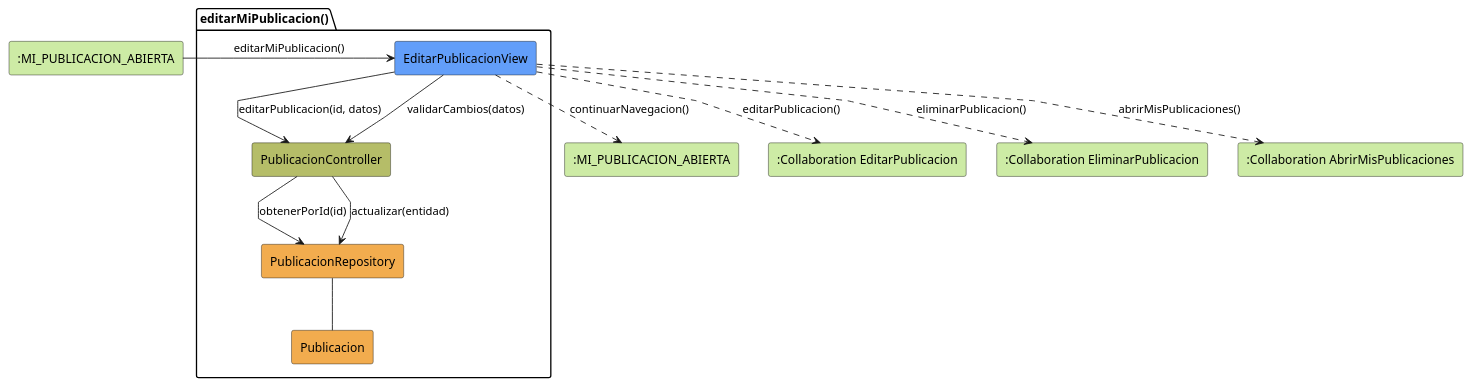
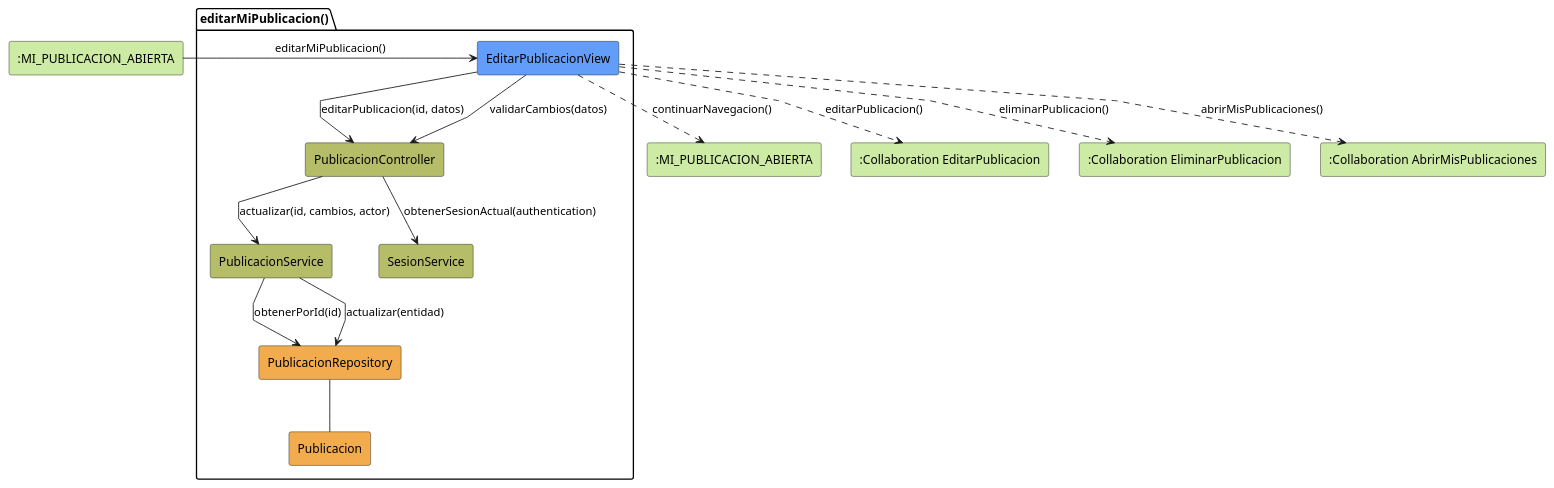
One commit to beatriizorozco/25-26-idsw2-sdVC changed the diagram in RUP/01-analisis/casos-uso/coordinador/editarMiPublicacion/colaboracion.puml. Above: the diagram before and after it, drawn with PlantUML. The commit also changed 71 other files, not shown here.

```diff
--- a/RUP/01-analisis/casos-uso/coordinador/editarMiPublicacion/colaboracion.puml
+++ b/RUP/01-analisis/casos-uso/coordinador/editarMiPublicacion/colaboracion.puml
@@ -1,29 +1,33 @@
 @startuml editarMiPublicacion-analisis
 skinparam linetype polyline
 
 rectangle #CDEBA5 ":MI_PUBLICACION_ABIERTA" as EstadoEntrada
 package editarMiPublicacion as "editarMiPublicacion()" {
     rectangle #629EF9 EditarPublicacionView
     rectangle #b5bd68 PublicacionController
+    rectangle #b5bd68 PublicacionService
+    rectangle #b5bd68 SesionService
     rectangle #F2AC4E PublicacionRepository
     rectangle #F2AC4E Publicacion
 }
 
 rectangle #CDEBA5 ":MI_PUBLICACION_ABIERTA" as EstadoSalida
 rectangle #CDEBA5 ":Collaboration EditarPublicacion" as EditarPublicacion
 rectangle #CDEBA5 ":Collaboration EliminarPublicacion" as EliminarPublicacion
 rectangle #CDEBA5 ":Collaboration AbrirMisPublicaciones" as AbrirMisPublicaciones
 
 EstadoEntrada -r-> EditarPublicacionView: editarMiPublicacion()
 
 EditarPublicacionView -d-> PublicacionController: editarPublicacion(id, datos)
 EditarPublicacionView --> PublicacionController: validarCambios(datos)
-PublicacionController --> PublicacionRepository: obtenerPorId(id)
-PublicacionController --> PublicacionRepository: actualizar(entidad)
+PublicacionController --> SesionService: obtenerSesionActual(authentication)
+PublicacionController --> PublicacionService: actualizar(id, cambios, actor)
+PublicacionService --> PublicacionRepository: obtenerPorId(id)
+PublicacionService --> PublicacionRepository: actualizar(entidad)
 PublicacionRepository -- Publicacion
 EditarPublicacionView ..> EstadoSalida: continuarNavegacion()
 EditarPublicacionView ..> EditarPublicacion: editarPublicacion()
 EditarPublicacionView ..> EliminarPublicacion: eliminarPublicacion()
 EditarPublicacionView ..> AbrirMisPublicaciones: abrirMisPublicaciones()
 
 @enduml
```
